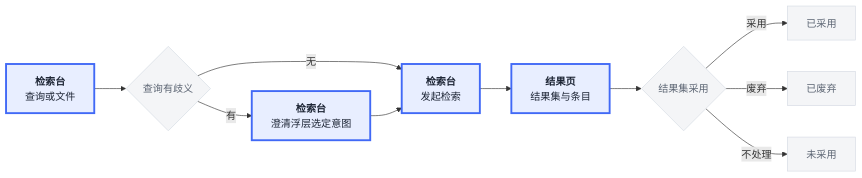
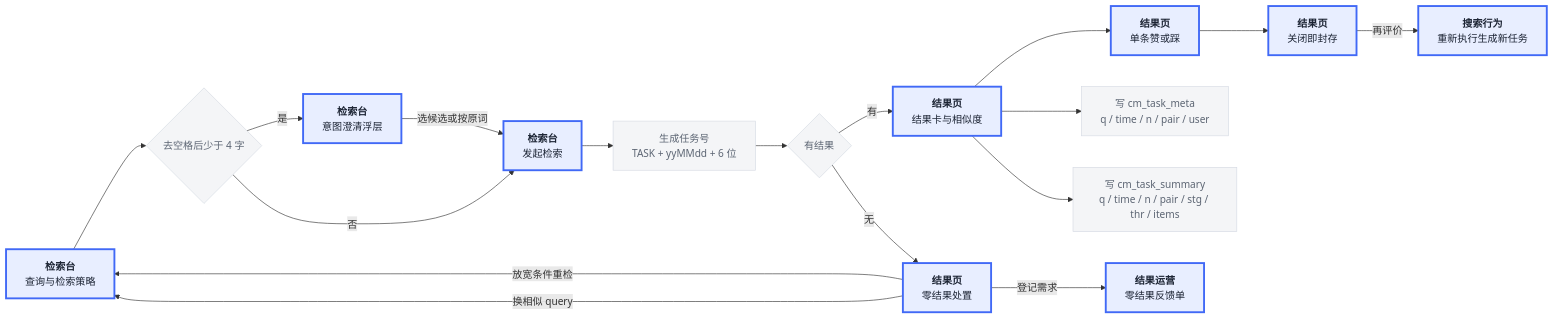
The fourth of 12 diagrams in docs/【数据流图】跨模态检索中心 · 系统数据流.md (helichiyu/hyqx-cross-modal-retrieval), drawn with Mermaid before and after one commit. The commit also changed other lines of this file and 10 other files, not shown here.

````diff
--- a/docs/【数据流图】跨模态检索中心 · 系统数据流.md
+++ b/docs/【数据流图】跨模态检索中心 · 系统数据流.md
@@ -147,17 +140,24 @@
 ```mermaid
 flowchart LR
-  A["<b>检索台</b><br/>查询或文件"] --> B{查询有歧义}
-  B -->|有| C["<b>检索台</b><br/>澄清浮层选定意图"]
-  B -->|无| D["<b>检索台</b><br/>发起检索"]
-  C --> D
-  D --> E["<b>结果页</b><br/>结果集与条目"]
-  E --> F{结果集采用}
-  F -->|采用| G["已采用"]
-  F -->|废弃| H["已废弃"]
-  F -->|不处理| I["未采用"]
+  A["<b>检索台</b><br/>查询与检索策略"] --> B{"去空格后少于 4 字"}
+  B -->|是| C["<b>检索台</b><br/>意图澄清浮层"]
+  B -->|否| D["<b>检索台</b><br/>发起检索"]
+  C -->|选候选或按原词| D
+  D --> T["生成任务号<br/>TASK + yyMMdd + 6 位"]
+  T --> E{"有结果"}
+  E -->|有| F["<b>结果页</b><br/>结果卡与相似度"]
+  E -->|无| G["<b>结果页</b><br/>零结果处置"]
+  G -->|放宽条件重检| A
+  G -->|换相似 query| A
+  G -->|登记需求| OP["<b>结果运营</b><br/>零结果反馈单"]
+  F --> H["<b>结果页</b><br/>单条赞或踩"]
+  F --> W1["写 cm_task_meta<br/>q / time / n / pair / user"]
+  F --> W2["写 cm_task_summary<br/>q / time / n / pair / stg / thr / items"]
+  H --> I["<b>结果页</b><br/>关闭即封存"]
+  I -->|再评价| J["<b>搜索行为</b><br/>重新执行生成新任务"]
 
   classDef l2 fill:#e8eeff,stroke:#4169f6,color:#1c2434,stroke-width:3px
   classDef step fill:#f4f5f7,stroke:#d5dae3,color:#5c6573,stroke-width:1px
-  class A,C,D,E l2
-  class B,F,G,H,I step
+  class A,C,D,F,G,OP,H,I,J l2
+  class B,T,E,W1,W2 step
 ```
````
